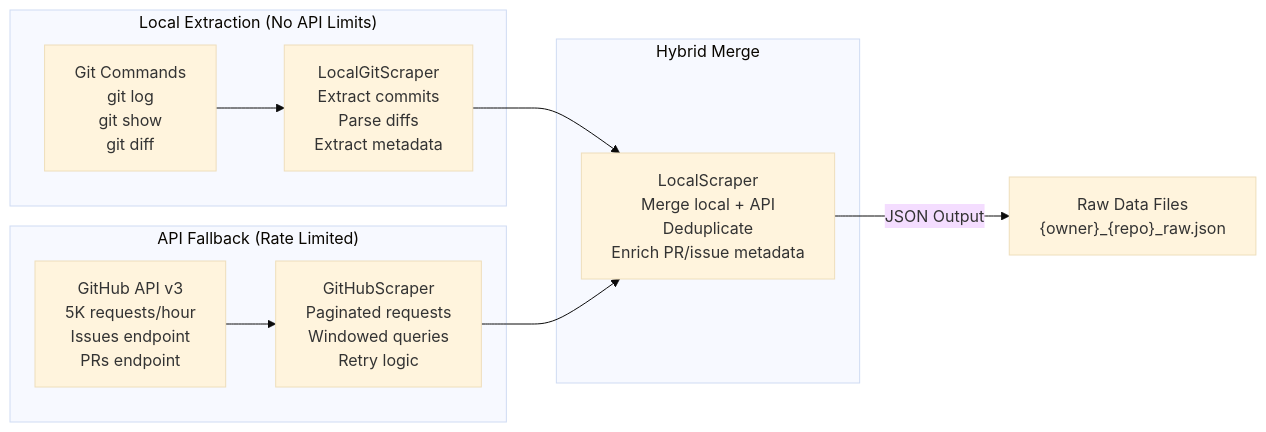
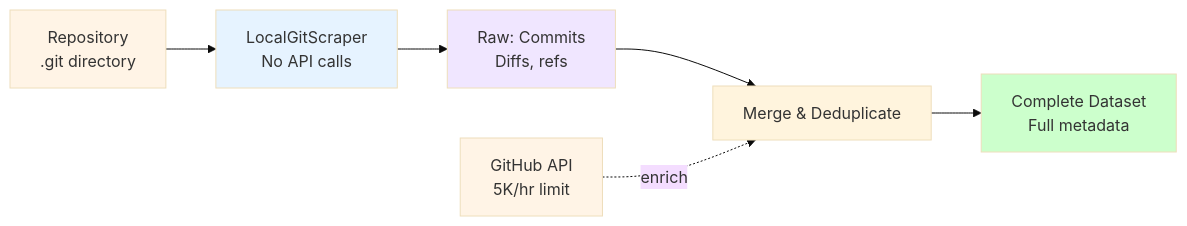
Before and after one commit to bibekgupta3333/repo-sprint: the third of 13 diagrams in docs/COMPLETE_PIPELINE_GUIDE.md, drawn with Mermaid (base theme). The commit also changed other lines of this file and 10 other files, not shown here.

````diff
--- a/docs/COMPLETE_PIPELINE_GUIDE.md
+++ b/docs/COMPLETE_PIPELINE_GUIDE.md
@@ -205,23 +207,13 @@
 ```mermaid
 graph LR
-    subgraph "Local Extraction (No API Limits)"
-        A1["Git Commands<br/>git log<br/>git show<br/>git diff"]
-        A2["LocalGitScraper<br/>Extract commits<br/>Parse diffs<br/>Extract metadata"]
-        A1 --> A2
-    end
-    
-    subgraph "API Fallback (Rate Limited)"
-        B1["GitHub API v3<br/>5K requests/hour<br/>Issues endpoint<br/>PRs endpoint"]
-        B2["GitHubScraper<br/>Paginated requests<br/>Windowed queries<br/>Retry logic"]
-        B1 --> B2
-    end
-    
-    subgraph "Hybrid Merge"
-        C1["LocalScraper<br/>Merge local + API<br/>Deduplicate<br/>Enrich PR/issue metadata"]
-    end
-    
-    A2 --> C1
-    B2 --> C1
-    
-    C1 -->|JSON Output| D["Raw Data Files<br/>{owner}_{repo}_raw.json"]
+  A["Repository<br/>.git directory"] --> B["LocalGitScraper<br/>No API calls"]
+  B --> C["Raw: Commits<br/>Diffs, refs"]
+  C --> D["Merge & Deduplicate"]
+  E["GitHub API<br/>5K/hr limit"] -.->|enrich| D
+  D --> F["Complete Dataset<br/>Full metadata"]
+  style A fill:#fff4e6
+  style B fill:#e6f3ff
+  style C fill:#f0e6ff
+  style E fill:#fff4e6
+  style F fill:#ccffcc
 ```
````
